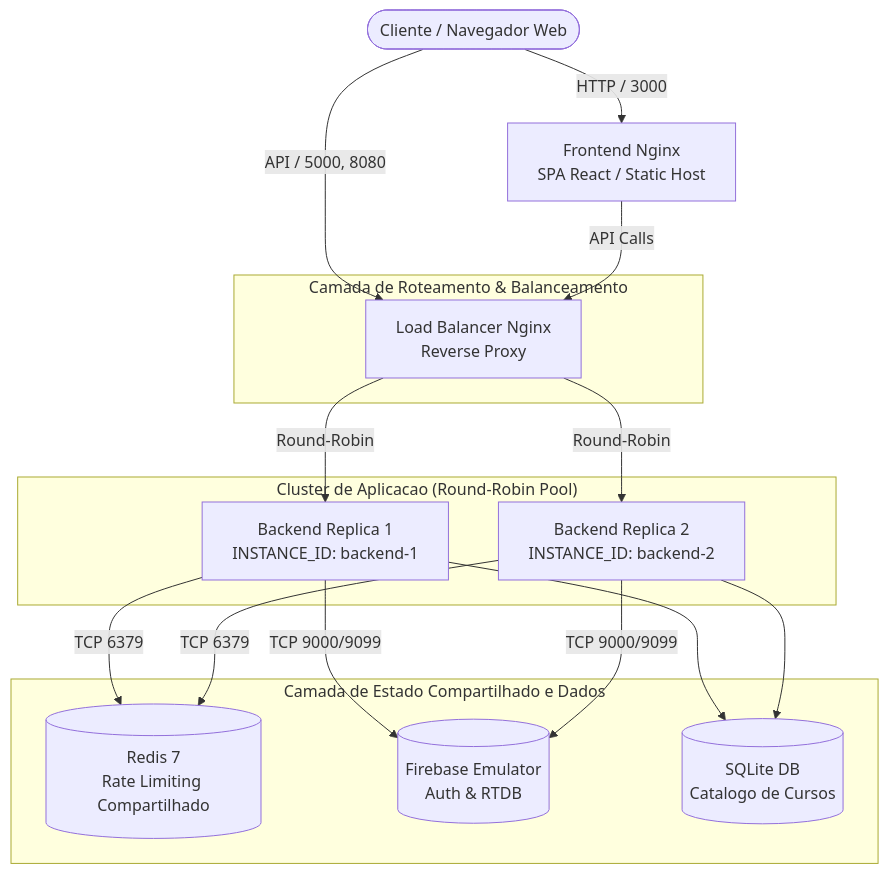
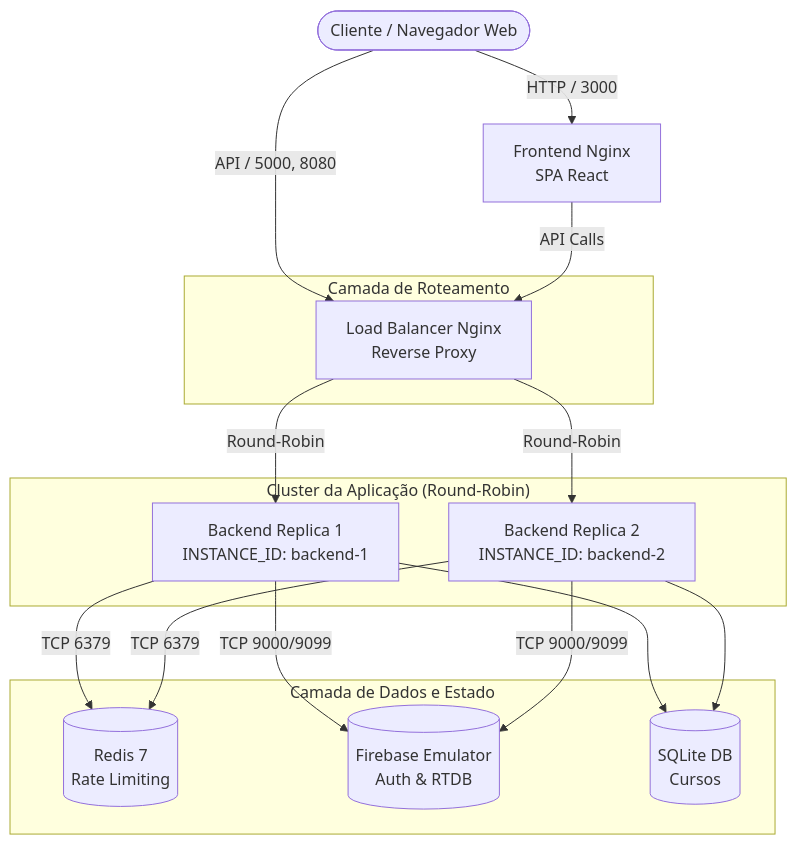
The diagram in README.md (luizfernandoin/CourseSphere), drawn with Mermaid before and after one commit. The commit also changed other lines of this file and 4 other files, not shown here.

````diff
--- a/README.md
+++ b/README.md
@@ -16,24 +31,24 @@
 ```mermaid
 graph TD
-    Client([Cliente / Navegador Web]) -->|HTTP / 3000| Frontend[Frontend Nginx<br/>SPA React / Static Host]
+    Client([Cliente / Navegador Web]) -->|HTTP / 3000| Frontend[Frontend Nginx<br/>SPA React]
     Client -->|API / 5000, 8080| LB[Load Balancer Nginx<br/>Reverse Proxy]
     Frontend -->|API Calls| LB
 
-    subgraph "Camada de Roteamento & Balanceamento"
+    subgraph "Camada de Roteamento"
         LB
     end
 
-    subgraph "Cluster de Aplicacao (Round-Robin Pool)"
+    subgraph "Cluster da Aplicação (Round-Robin)"
         LB -->|Round-Robin| B1[Backend Replica 1<br/>INSTANCE_ID: backend-1]
         LB -->|Round-Robin| B2[Backend Replica 2<br/>INSTANCE_ID: backend-2]
     end
 
-    subgraph "Camada de Estado Compartilhado e Dados"
-        B1 -->|TCP 6379| Redis[(Redis 7<br/>Rate Limiting Compartilhado)]
+    subgraph "Camada de Dados e Estado"
+        B1 -->|TCP 6379| Redis[(Redis 7<br/>Rate Limiting)]
         B2 -->|TCP 6379| Redis
         B1 -->|TCP 9000/9099| Firebase[(Firebase Emulator<br/>Auth & RTDB)]
         B2 -->|TCP 9000/9099| Firebase
-        B1 --> SQLite[(SQLite DB<br/>Catalogo de Cursos)]
+        B1 --> SQLite[(SQLite DB<br/>Cursos)]
         B2 --> SQLite
     end
 ```
````
